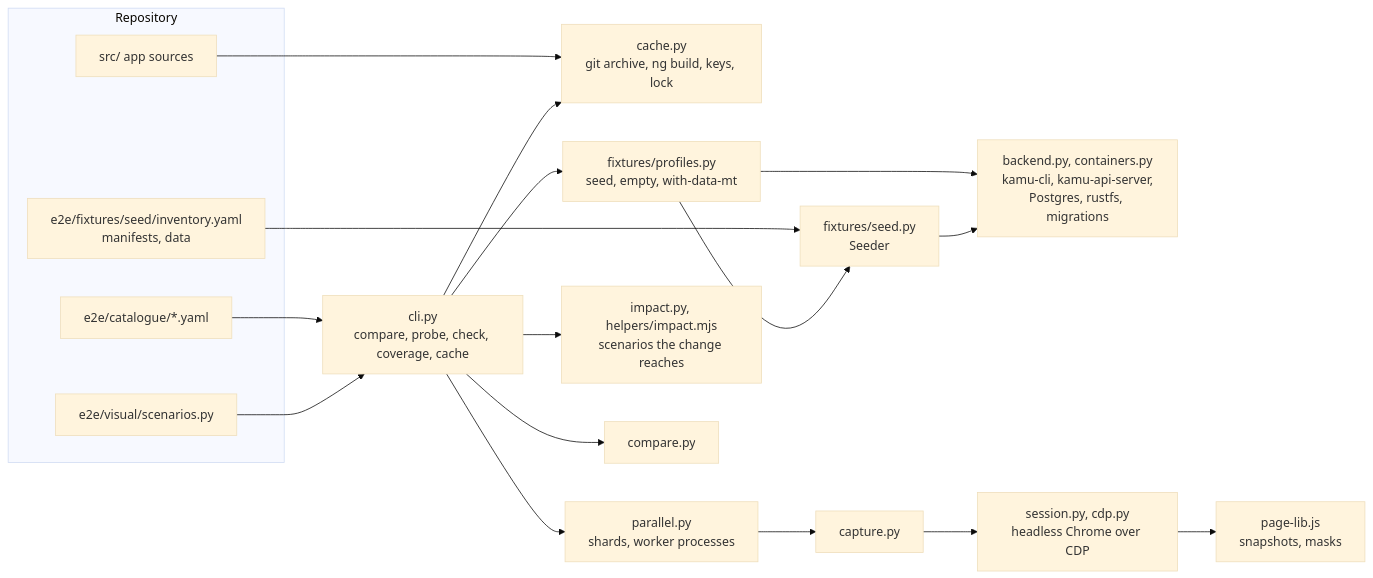
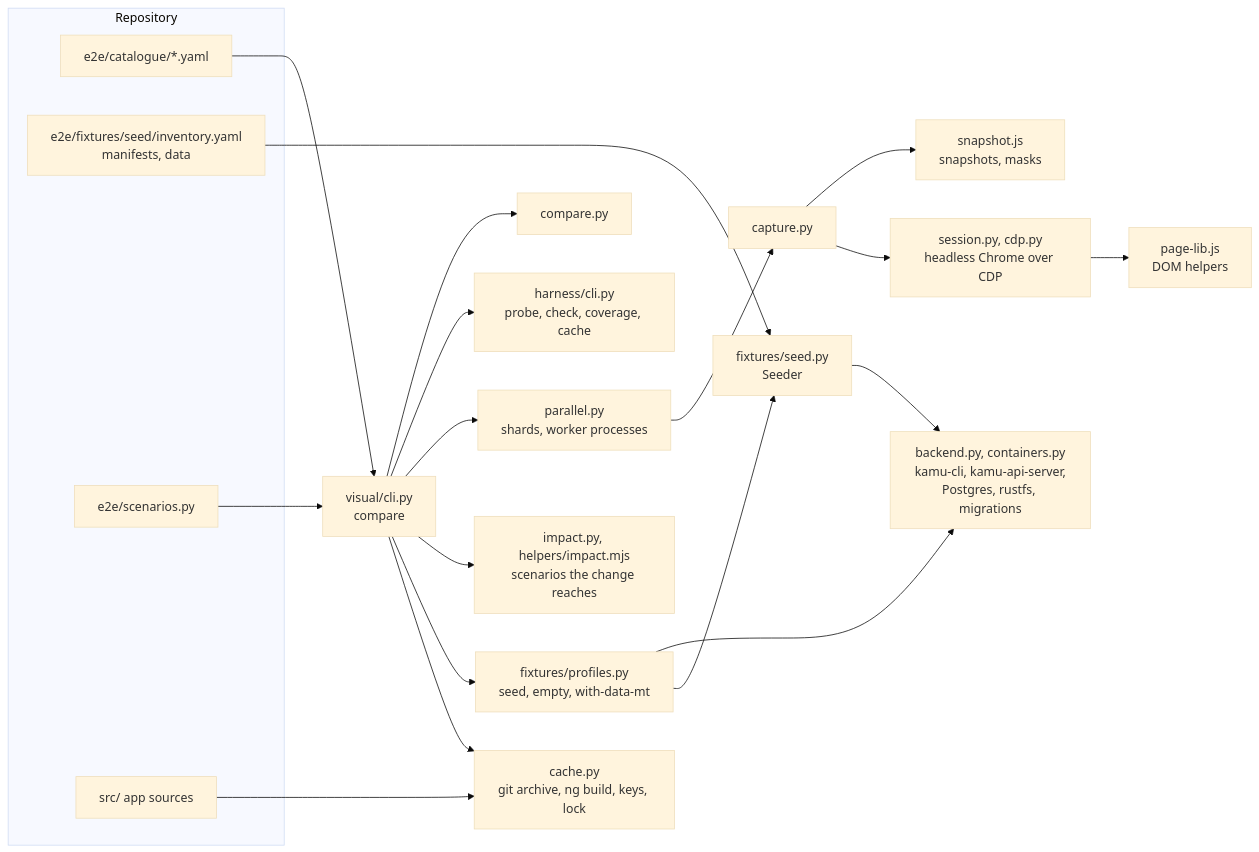
Before and after one commit to kamu-data/kamu-web-ui: the first of 3 diagrams in docs/internal/visual-comparison.md, drawn with Mermaid (base theme). The commit also changed other lines of this file and 39 other files, not shown here.

First line of the commit message:
Shared e2e harness: generic run code in e2e/harness, scenarios in e2e/scenarios.py, e2e/visual keeps capture and comparison

````diff
--- a/docs/internal/visual-comparison.md
+++ b/docs/internal/visual-comparison.md
@@ -27,35 +27,39 @@
 ```mermaid
 flowchart LR
     subgraph repo[Repository]
         cat[e2e/catalogue/*.yaml]
         inv[e2e/fixtures/seed/inventory.yaml<br/>manifests, data]
-        scen[e2e/visual/scenarios.py]
+        scen[e2e/scenarios.py]
         app[src/ app sources]
     end
-    cli[cli.py<br/>compare, probe, check, coverage, cache]
+    cli[visual/cli.py<br/>compare]
+    hcli[harness/cli.py<br/>probe, check, coverage, cache]
     cache[cache.py<br/>git archive, ng build, keys, lock]
     prof[fixtures/profiles.py<br/>seed, empty, with-data-mt]
     seed[fixtures/seed.py<br/>Seeder]
     be[backend.py, containers.py<br/>kamu-cli, kamu-api-server,<br/>Postgres, rustfs, migrations]
     sess[session.py, cdp.py<br/>headless Chrome over CDP]
-    lib[page-lib.js<br/>snapshots, masks]
+    lib[page-lib.js<br/>DOM helpers]
+    snap[snapshot.js<br/>snapshots, masks]
     cap[capture.py]
     par[parallel.py<br/>shards, worker processes]
     imp[impact.py, helpers/impact.mjs<br/>scenarios the change reaches]
     cmp[compare.py]
     cat --> cli
     scen --> cli
     inv --> seed
     app --> cache
     cli --> cache
     cli --> prof
     prof --> seed
     prof --> be
     seed --> be
     cli --> imp
     cli --> par
     par --> cap
     cap --> sess
     sess --> lib
+    cap --> snap
+    cli --> hcli
     cli --> cmp
 ```
````
